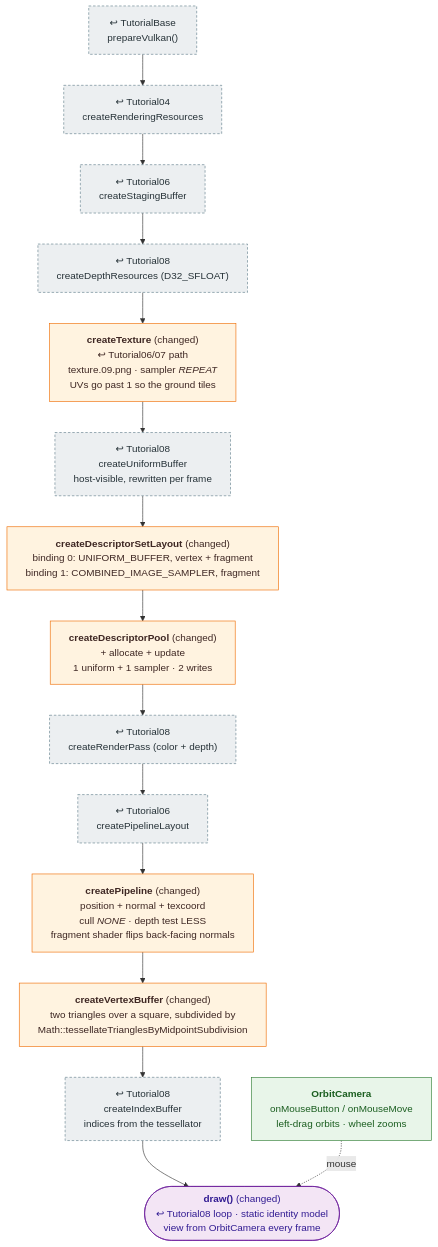
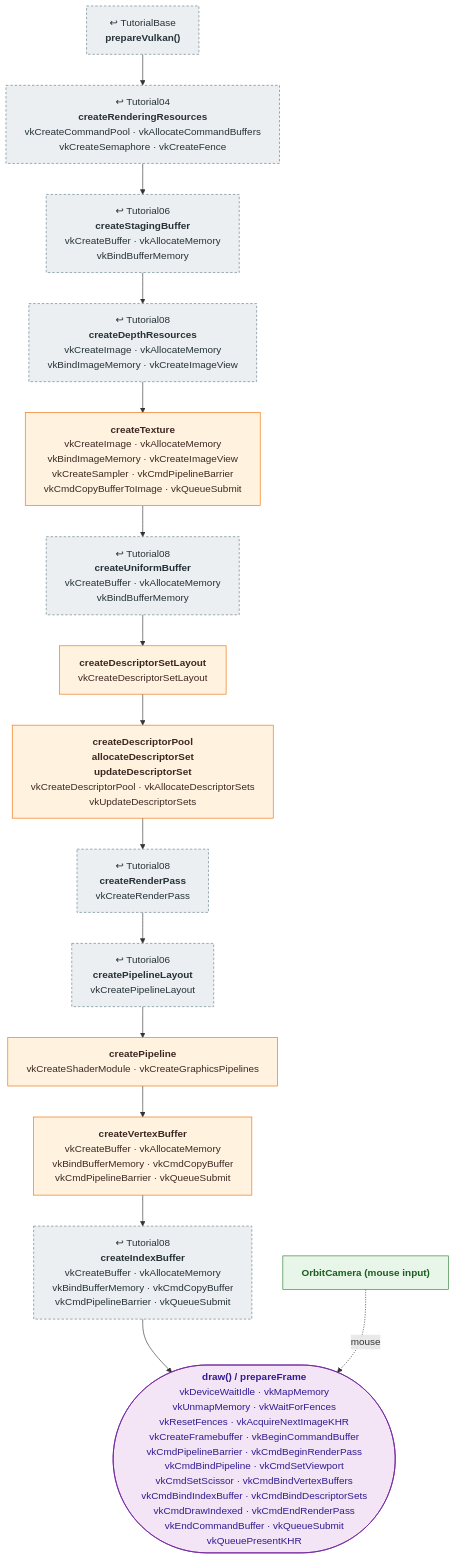
The diagram in docs/pipeline/09_tessellated_terrain.md (mehoggan/vulkan_graphix), drawn with Mermaid before and after one commit. The commit also changed other lines of this file and 24 other files, not shown here.

First line of the commit message:
docs: label pipeline boxes with the Vulkan calls each step makes

````diff
--- a/docs/pipeline/09_tessellated_terrain.md
+++ b/docs/pipeline/09_tessellated_terrain.md
@@ -12,27 +12,27 @@
 ```mermaid
 %%{init: {"flowchart": {"wrappingWidth": 400}}}%%
 flowchart TD
     classDef reused fill:#eceff1,stroke:#607d8b,stroke-dasharray:4 3,color:#263238
     classDef changed fill:#fff3e0,stroke:#ef6c00,color:#3e2723
     classDef new fill:#e8f5e9,stroke:#2e7d32,color:#1b5e20
     classDef frame fill:#f3e5f5,stroke:#6a1b9a,color:#311b92
 
-    BASE["↩ TutorialBase<br/>prepareVulkan()"]:::reused
-    RR["↩ Tutorial04<br/>createRenderingResources"]:::reused
-    STG["↩ Tutorial06<br/>createStagingBuffer"]:::reused
-    DEPTH["↩ Tutorial08<br/>createDepthResources (D32_SFLOAT)"]:::reused
-    TEX["<b>createTexture</b> (changed)<br/>↩ Tutorial06/07 path<br/>texture.09.png · sampler <i>REPEAT</i><br/>UVs go past 1 so the ground tiles"]:::changed
-    UBO["↩ Tutorial08<br/>createUniformBuffer<br/>host-visible, rewritten per frame"]:::reused
-    DSL["<b>createDescriptorSetLayout</b> (changed)<br/>binding 0: UNIFORM_BUFFER, vertex + fragment<br/>binding 1: COMBINED_IMAGE_SAMPLER, fragment"]:::changed
-    POOL["<b>createDescriptorPool</b> (changed)<br/>+ allocate + update<br/>1 uniform + 1 sampler · 2 writes"]:::changed
-    RP["↩ Tutorial08<br/>createRenderPass (color + depth)"]:::reused
-    PLL["↩ Tutorial06<br/>createPipelineLayout"]:::reused
-    PIPE["<b>createPipeline</b> (changed)<br/>position + normal + texcoord<br/>cull <i>NONE</i> · depth test LESS<br/>fragment shader flips back-facing normals"]:::changed
-    VB["<b>createVertexBuffer</b> (changed)<br/>two triangles over a square, subdivided by<br/>Math::tessellateTrianglesByMidpointSubdivision"]:::changed
-    IB["↩ Tutorial08<br/>createIndexBuffer<br/>indices from the tessellator"]:::reused
-    DRAW(["<b>draw()</b> (changed)<br/>↩ Tutorial08 loop · static identity model<br/>view from OrbitCamera every frame"]):::frame
-    CAM["<b>OrbitCamera</b><br/>onMouseButton / onMouseMove<br/>left-drag orbits · wheel zooms"]:::new
+    BASE["↩ TutorialBase<br/><b>prepareVulkan()</b>"]:::reused
+    RR["↩ Tutorial04<br/><b>createRenderingResources</b><br/>vkCreateCommandPool  ·  vkAllocateCommandBuffers<br/>vkCreateSemaphore  ·  vkCreateFence"]:::reused
+    STG["↩ Tutorial06<br/><b>createStagingBuffer</b><br/>vkCreateBuffer  ·  vkAllocateMemory<br/>vkBindBufferMemory"]:::reused
+    DEPTH["↩ Tutorial08<br/><b>createDepthResources</b><br/>vkCreateImage  ·  vkAllocateMemory<br/>vkBindImageMemory  ·  vkCreateImageView"]:::reused
+    TEX["<b>createTexture</b><br/>vkCreateImage  ·  vkAllocateMemory<br/>vkBindImageMemory  ·  vkCreateImageView<br/>vkCreateSampler  ·  vkCmdPipelineBarrier<br/>vkCmdCopyBufferToImage  ·  vkQueueSubmit"]:::changed
+    UBO["↩ Tutorial08<br/><b>createUniformBuffer</b><br/>vkCreateBuffer  ·  vkAllocateMemory<br/>vkBindBufferMemory"]:::reused
+    DSL["<b>createDescriptorSetLayout</b><br/>vkCreateDescriptorSetLayout"]:::changed
+    POOL["<b>createDescriptorPool</b><br/><b>allocateDescriptorSet</b><br/><b>updateDescriptorSet</b><br/>vkCreateDescriptorPool  ·  vkAllocateDescriptorSets<br/>vkUpdateDescriptorSets"]:::changed
+    RP["↩ Tutorial08<br/><b>createRenderPass</b><br/>vkCreateRenderPass"]:::reused
+    PLL["↩ Tutorial06<br/><b>createPipelineLayout</b><br/>vkCreatePipelineLayout"]:::reused
+    PIPE["<b>createPipeline</b><br/>vkCreateShaderModule  ·  vkCreateGraphicsPipelines"]:::changed
+    VB["<b>createVertexBuffer</b><br/>vkCreateBuffer  ·  vkAllocateMemory<br/>vkBindBufferMemory  ·  vkCmdCopyBuffer<br/>vkCmdPipelineBarrier  ·  vkQueueSubmit"]:::changed
+    IB["↩ Tutorial08<br/><b>createIndexBuffer</b><br/>vkCreateBuffer  ·  vkAllocateMemory<br/>vkBindBufferMemory  ·  vkCmdCopyBuffer<br/>vkCmdPipelineBarrier  ·  vkQueueSubmit"]:::reused
+    DRAW(["<b>draw() / prepareFrame</b><br/>vkDeviceWaitIdle  ·  vkMapMemory<br/>vkUnmapMemory  ·  vkWaitForFences<br/>vkResetFences  ·  vkAcquireNextImageKHR<br/>vkCreateFramebuffer  ·  vkBeginCommandBuffer<br/>vkCmdPipelineBarrier  ·  vkCmdBeginRenderPass<br/>vkCmdBindPipeline  ·  vkCmdSetViewport<br/>vkCmdSetScissor  ·  vkCmdBindVertexBuffers<br/>vkCmdBindIndexBuffer  ·  vkCmdBindDescriptorSets<br/>vkCmdDrawIndexed  ·  vkCmdEndRenderPass<br/>vkEndCommandBuffer  ·  vkQueueSubmit<br/>vkQueuePresentKHR"]):::frame
+    CAM["<b>OrbitCamera (mouse input)</b>"]:::new
 
     BASE --> RR --> STG --> DEPTH --> TEX --> UBO --> DSL --> POOL --> RP --> PLL --> PIPE --> VB --> IB --> DRAW
     CAM -. mouse .-> DRAW
 ```
````
